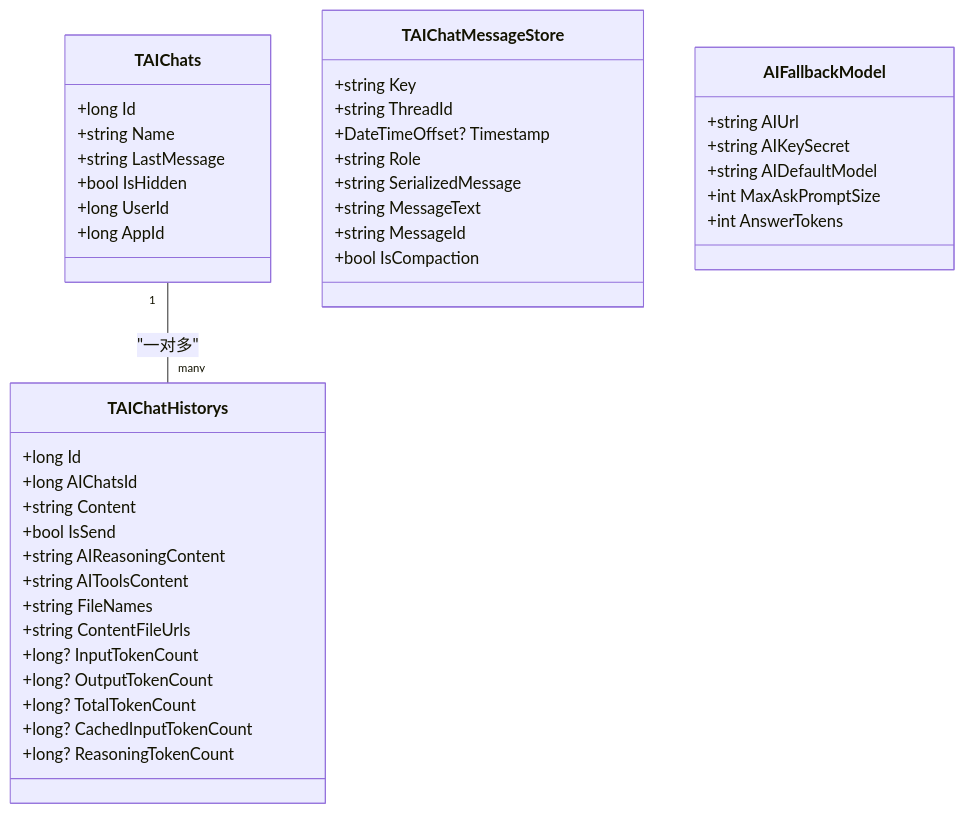
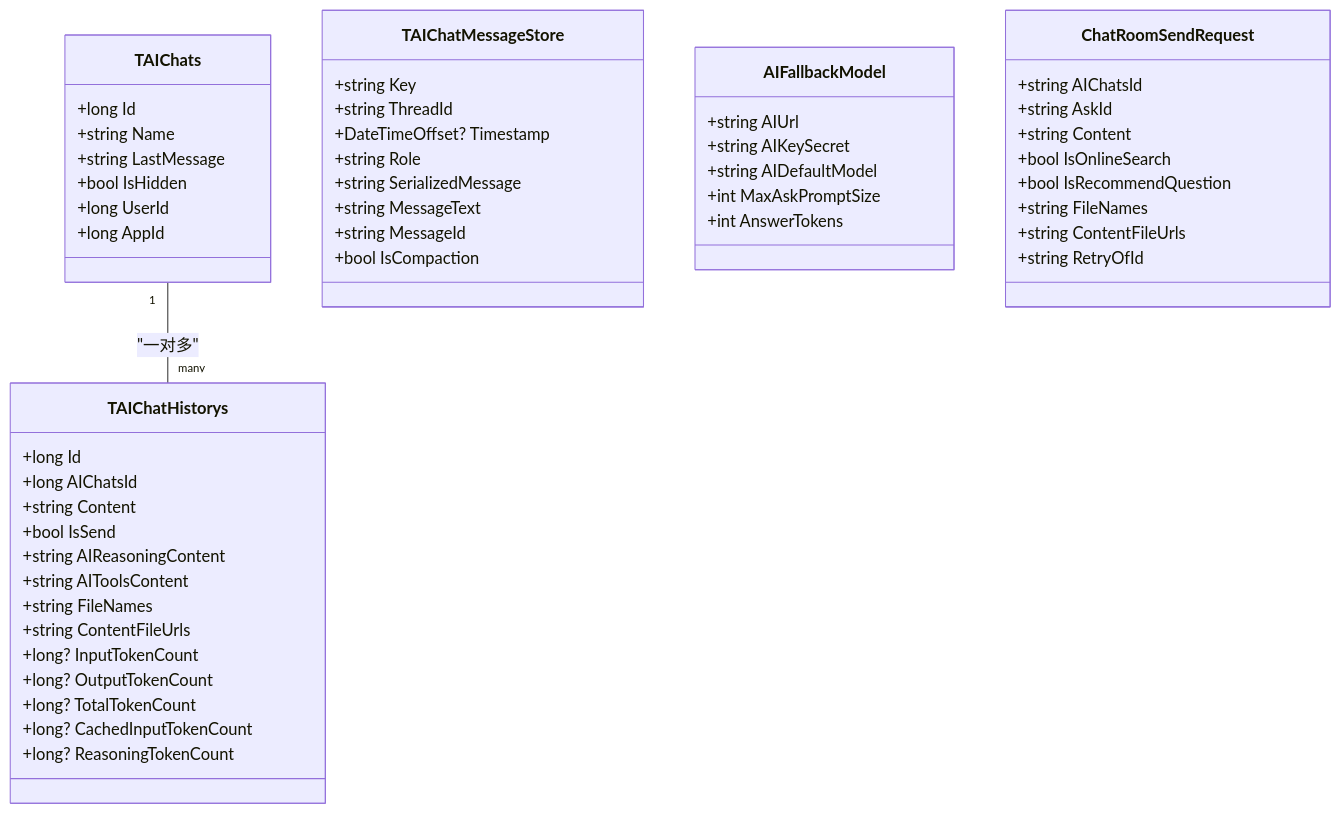
Before and after one commit to junkai-li/NetCoreKevin: the sixth of 8 diagrams in .qoder/repowiki/zh/content/核心模块/AI智能助手/聊天对话.md, drawn with Mermaid. The commit also changed other lines of this file and 54 other files, not shown here.

````diff
--- a/.qoder/repowiki/zh/content/核心模块/AI智能助手/聊天对话.md
+++ b/.qoder/repowiki/zh/content/核心模块/AI智能助手/聊天对话.md
@@ -240,44 +299,54 @@
 ```mermaid
 classDiagram
 class TAIChats {
 +long Id
 +string Name
 +string LastMessage
 +bool IsHidden
 +long UserId
 +long AppId
 }
 class TAIChatHistorys {
 +long Id
 +long AIChatsId
 +string Content
 +bool IsSend
 +string AIReasoningContent
 +string AIToolsContent
 +string FileNames
 +string ContentFileUrls
 +long? InputTokenCount
 +long? OutputTokenCount
 +long? TotalTokenCount
 +long? CachedInputTokenCount
 +long? ReasoningTokenCount
 }
 class TAIChatMessageStore {
 +string Key
 +string ThreadId
 +DateTimeOffset? Timestamp
 +string Role
 +string SerializedMessage
 +string MessageText
 +string MessageId
 +bool IsCompaction
 }
 class AIFallbackModel {
 +string AIUrl
 +string AIKeySecret
 +string AIDefaultModel
 +int MaxAskPromptSize
 +int AnswerTokens
 }
+class ChatRoomSendRequest {
++string AIChatsId
++string AskId
++string Content
++bool IsOnlineSearch
++bool IsRecommendQuestion
++string FileNames
++string ContentFileUrls
++string RetryOfId
+}
 TAIChats "1" -- "many" TAIChatHistorys : "一对多"
 ```
````
